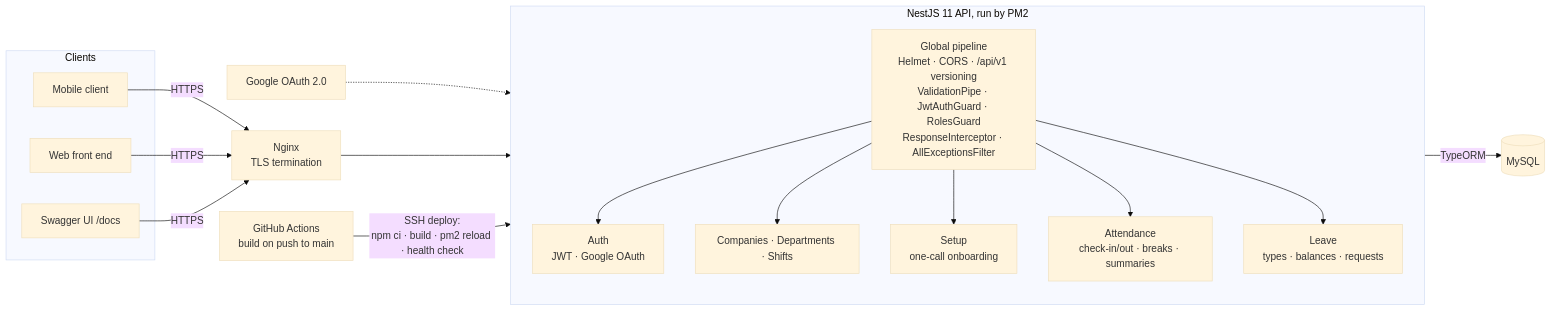
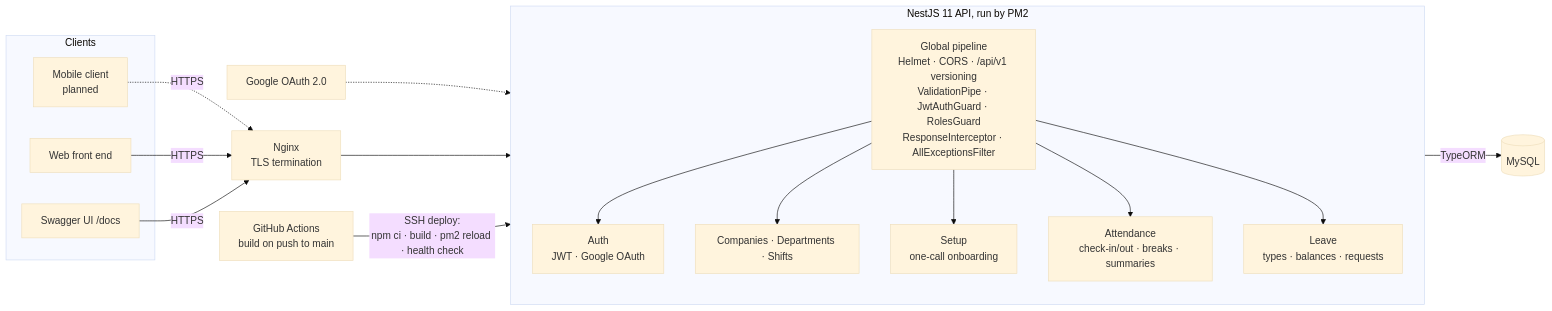
One commit to defoibrahim/hrm-platform-showcase changed the first of 2 diagrams in README.md. Above: the diagram before and after it, drawn with Mermaid (base theme). The commit also changed other lines of this file and 1 other file, not shown here.

First line of the commit message:
Tighten showcase claims: leave status, setup auth, ER cardinality, planned mobile client

````diff
--- a/README.md
+++ b/README.md
@@ -83,26 +86,27 @@
 ```mermaid
 flowchart LR
   subgraph Clients
-    M[Mobile client]
+    M[Mobile client<br/>planned]
     W[Web front end]
     S[Swagger UI /docs]
   end
 
-  M & W & S -->|HTTPS| NG[Nginx<br/>TLS termination]
+  M -.->|HTTPS| NG[Nginx<br/>TLS termination]
+  W & S -->|HTTPS| NG
   NG --> APP
 
   subgraph APP[NestJS 11 API, run by PM2]
     direction TB
     G[Global pipeline<br/>Helmet · CORS · /api/v1 versioning<br/>ValidationPipe · JwtAuthGuard · RolesGuard<br/>ResponseInterceptor · AllExceptionsFilter]
     G --> AUTH[Auth<br/>JWT · Google OAuth]
     G --> ORG[Companies · Departments · Shifts]
     G --> SETUP[Setup<br/>one-call onboarding]
     G --> ATT[Attendance<br/>check-in/out · breaks · summaries]
     G --> LV[Leave<br/>types · balances · requests]
   end
 
   APP -->|TypeORM| DB[(MySQL)]
   GOOGLE[Google OAuth 2.0] -.-> AUTH
 
   GH[GitHub Actions<br/>build on push to main] -->|SSH deploy:<br/>npm ci · build · pm2 reload · health check| APP
 ```
````
